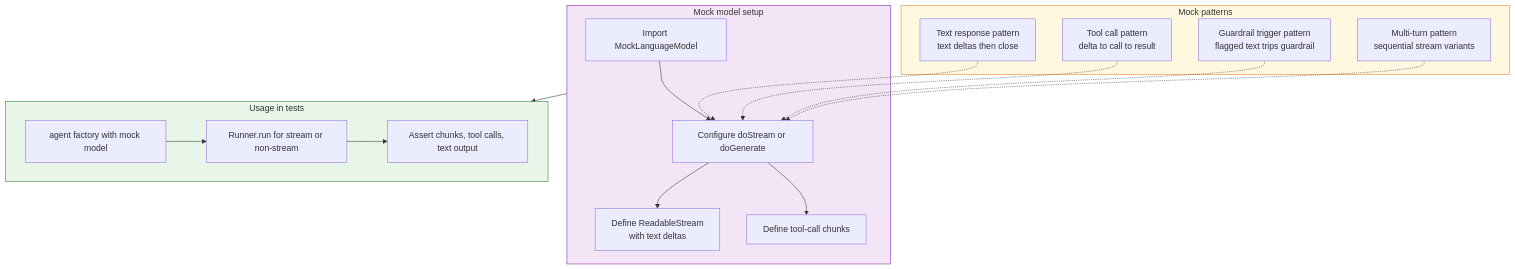
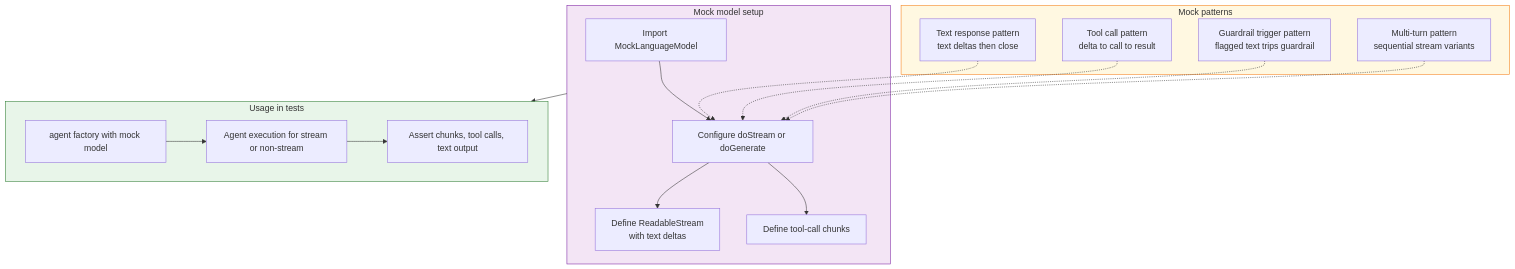
One commit to 1qh/safeagent changed the fifth of 7 diagrams in plan/16-testing.md. Above: the diagram before and after it, drawn with Mermaid. The commit also changed 8 other files, not shown here.

Commit message:
fix remaining SQL in Mermaid, function signatures, version references across plan files

````diff
--- a/plan/16-testing.md
+++ b/plan/16-testing.md
@@ -195,36 +195,36 @@
 ```mermaid
 flowchart TD
     subgraph MOCK_SETUP["Mock model setup"]
         MOCK_IMPORT["Import MockLanguageModel"]
         MOCK_CONFIGURE["Configure doStream or doGenerate"]
         MOCK_STREAM_DEFINE["Define ReadableStream\nwith text deltas"]
         MOCK_TOOL_DEFINE["Define tool-call chunks"]
     end
 
     subgraph MOCK_USAGE["Usage in tests"]
         MOCK_AGENT_CREATE["agent factory with mock model"]
-        MOCK_RUNNER_CALL["Runner.run for stream or non-stream"]
+        MOCK_RUNNER_CALL["Agent execution for stream or non-stream"]
         MOCK_ASSERTIONS["Assert chunks, tool calls, text output"]
     end
 
     subgraph MOCK_PATTERNS["Mock patterns"]
         MOCK_TEXT_PATTERN["Text response pattern\ntext deltas then close"]
         MOCK_TOOL_PATTERN["Tool call pattern\ndelta to call to result"]
         MOCK_GUARD_PATTERN["Guardrail trigger pattern\nflagged text trips guardrail"]
         MOCK_MULTI_TURN_PATTERN["Multi-turn pattern\nsequential stream variants"]
     end
 
     MOCK_IMPORT --> MOCK_CONFIGURE --> MOCK_STREAM_DEFINE
     MOCK_CONFIGURE --> MOCK_TOOL_DEFINE
     MOCK_AGENT_CREATE --> MOCK_RUNNER_CALL --> MOCK_ASSERTIONS
     MOCK_SETUP --> MOCK_USAGE
 
     MOCK_TEXT_PATTERN -.-> MOCK_CONFIGURE
     MOCK_TOOL_PATTERN -.-> MOCK_CONFIGURE
     MOCK_GUARD_PATTERN -.-> MOCK_CONFIGURE
     MOCK_MULTI_TURN_PATTERN -.-> MOCK_CONFIGURE
 
     style MOCK_SETUP fill:#f3e5f5,stroke:#7b1fa2
     style MOCK_USAGE fill:#e8f5e9,stroke:#2e7d32
     style MOCK_PATTERNS fill:#fff8e1,stroke:#f57f17
 ```
````
